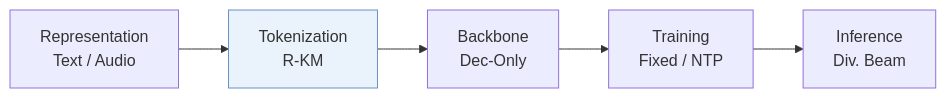
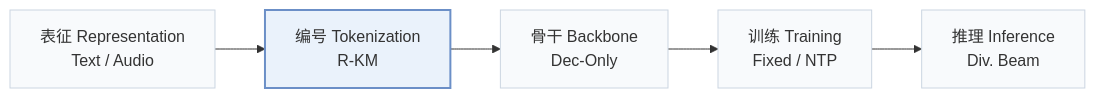
Before and after one commit to Galaxy-ghost/Awesome-SID-Generative-Rec: the first of 2 diagrams in pages/zh/papers/sprig.md, drawn with Mermaid. The commit also changed other lines of this file and 649 other files, not shown here.

Commit message:
writer-05: also tags and modality index (schema, check, build, visuals); summary field removed; calibration data for 12 papers

````diff
--- a/pages/zh/papers/sprig.md
+++ b/pages/zh/papers/sprig.md
@@ -13,6 +15,8 @@
 ```mermaid
 flowchart LR
-    R["Representation<br/>Text / Audio"] --> T["Tokenization<br/>R-KM"] --> B["Backbone<br/>Dec-Only"] --> TR["Training<br/>Fixed / NTP"] --> I["Inference<br/>Div. Beam"]
-    classDef main fill:#eaf2fb,stroke:#6b8fc7
+    R["表征 Representation<br/>Text / Audio"] --> T["编号 Tokenization<br/>R-KM"] --> B["骨干 Backbone<br/>Dec-Only"] --> TR["训练 Training<br/>Fixed / NTP"] --> I["推理 Inference<br/>Div. Beam"]
+    classDef base fill:#f8fafc,stroke:#cbd5e1
+    class R,T,B,TR,I base
+    classDef main fill:#eaf2fb,stroke:#6b8fc7,stroke-width:2px
     class T main
 ```
````
